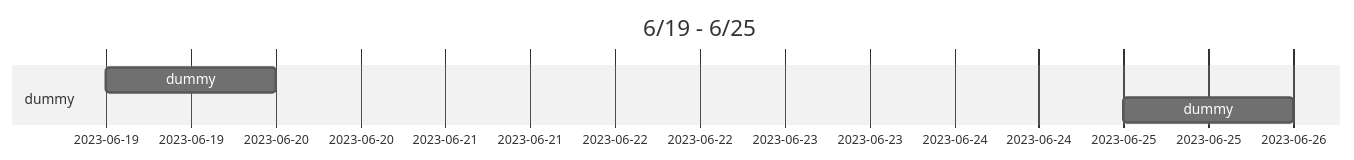
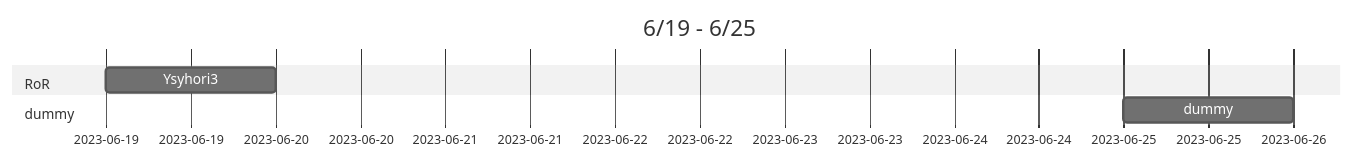
Before and after one commit to ykominami/gantt2: the fifth of 6 diagrams in test_data/GANTT7.md, drawn with Mermaid (neutral theme). The commit also changed other lines of this file, not shown here.

````diff
--- a/test_data/GANTT7.md
+++ b/test_data/GANTT7.md
@@ -37,7 +37,8 @@
 ```mermaid
 gantt
     title 6/19 - 6/25
+    section RoR
+    Ysyhori3: , 2023-06-19, 1d
     section dummy
-    dummy: , 2023-06-19, 1d
     dummy: , 2023-06-25, 1d
 ```
````
